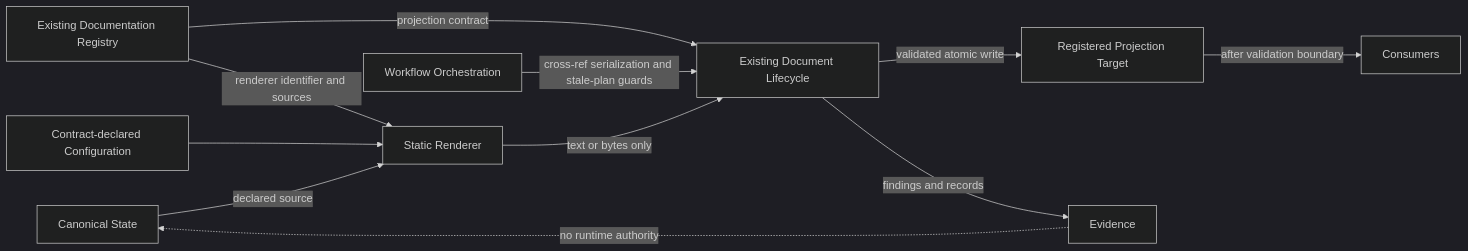
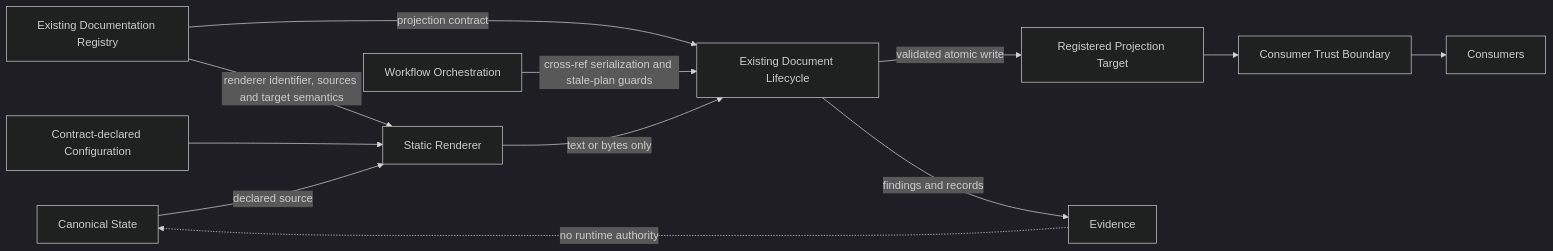
The diagram in specs/dpa/DPA-100-FOUNDATIONS.md (vfi64/agentic-project-kit-dpa-lab), drawn with Mermaid (dark theme) before and after one commit. The commit also changed other lines of this file, not shown here.

````diff
--- a/specs/dpa/DPA-100-FOUNDATIONS.md
+++ b/specs/dpa/DPA-100-FOUNDATIONS.md
@@ -369,13 +368,14 @@
 ```mermaid
 flowchart LR
     CS[Canonical State] -->|declared source| R[Static Renderer]
     CFG[Contract-declared Configuration] --> R
     REG[Existing Documentation Registry] -->|projection contract| LC[Existing Document Lifecycle]
-    REG -->|renderer identifier and sources| R
+    REG -->|renderer identifier, sources and target semantics| R
     R -->|text or bytes only| LC
     LC -->|validated atomic write| T[Registered Projection Target]
     WF[Workflow Orchestration] -->|cross-ref serialization and stale-plan guards| LC
     LC -->|findings and records| E[Evidence]
     E -. no runtime authority .-> CS
-    T -->|after validation boundary| C[Consumers]
+    T --> CTB[Consumer Trust Boundary]
+    CTB --> C[Consumers]
 ```
````
